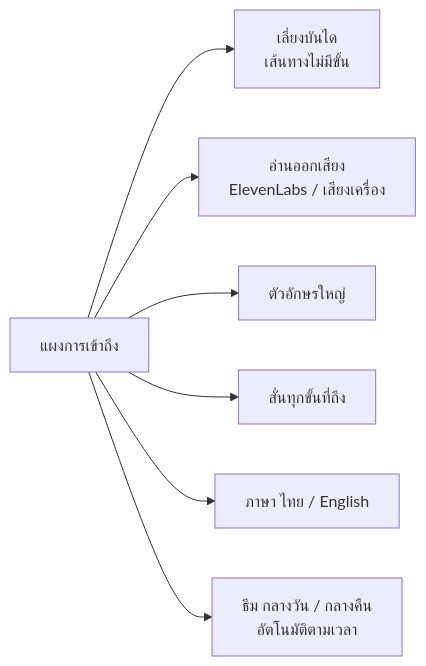
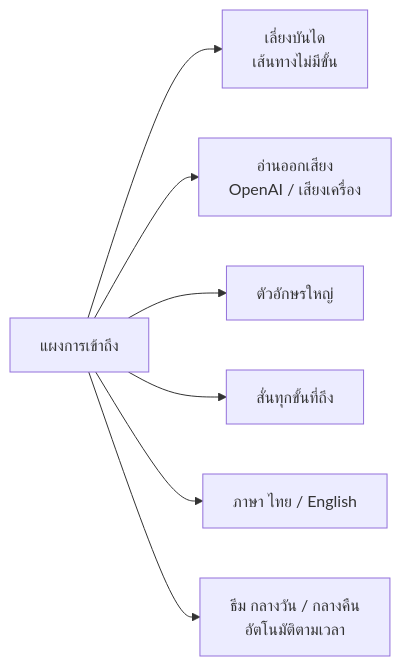
One commit to Pug-03/Open-AI- changed the third of 3 diagrams in docs/submission/walk-we-flowchart.md. Above: the diagram before and after it, drawn with Mermaid. The commit also changed 39 other files, not shown here.

````diff
--- a/docs/submission/walk-we-flowchart.md
+++ b/docs/submission/walk-we-flowchart.md
@@ -70,9 +70,9 @@
 ```mermaid
 flowchart LR
     A[แผงการเข้าถึง] --> B[เลี่ยงบันได<br/>เส้นทางไม่มีขั้น]
-    A --> C[อ่านออกเสียง<br/>ElevenLabs / เสียงเครื่อง]
+    A --> C[อ่านออกเสียง<br/>OpenAI / เสียงเครื่อง]
     A --> D[ตัวอักษรใหญ่]
     A --> E[สั่นทุกขั้นที่ถึง]
     A --> F[ภาษา ไทย / English]
     A --> G[ธีม กลางวัน / กลางคืน<br/>อัตโนมัติตามเวลา]
 ```
````
